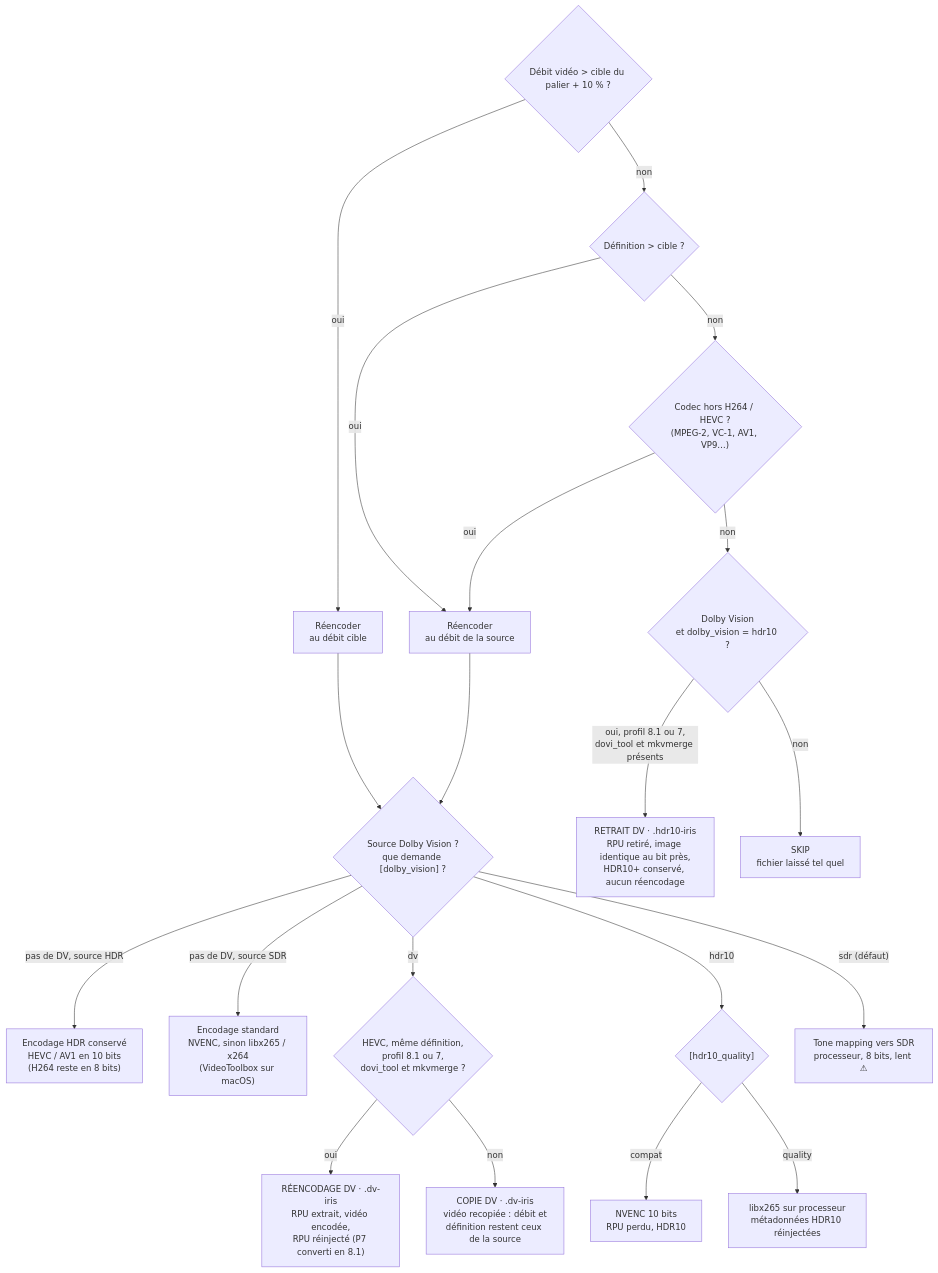
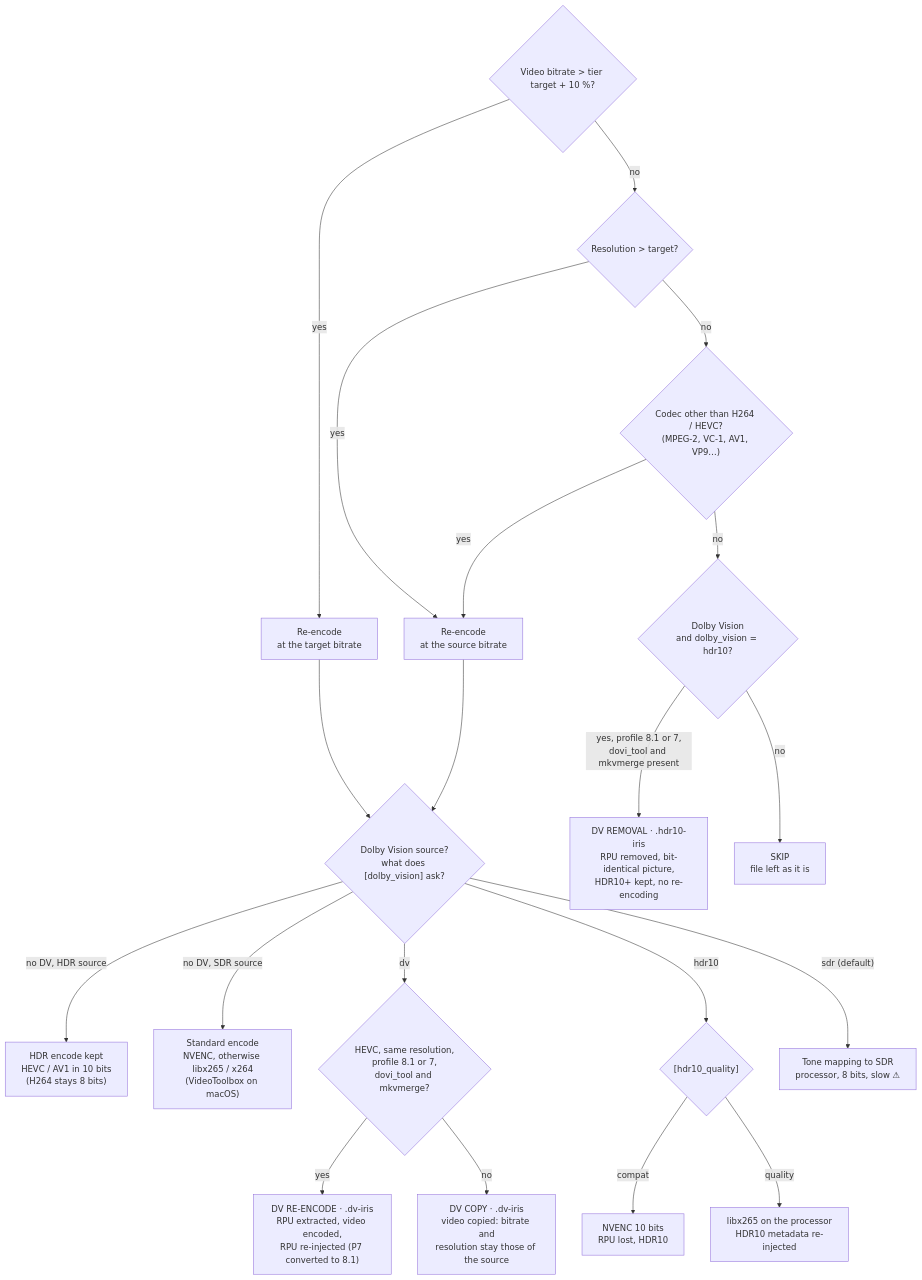
One commit to opegon/IRIS_Encode changed the third of 6 diagrams in README.md. Above: the diagram before and after it, drawn with Mermaid. The commit also changed other lines of this file and 10 other files, not shown here.

````diff
--- a/README.md
+++ b/README.md
@@ -104,24 +106,24 @@
 ```mermaid
 flowchart TD
-    Q1{"Débit vidéo > cible du palier + 10 % ?"}
-    Q1 -->|oui| E1["Réencoder<br/>au débit cible"]
-    Q1 -->|non| Q2{"Définition > cible ?"}
-    Q2 -->|oui| E2["Réencoder<br/>au débit de la source"]
-    Q2 -->|non| Q3{"Codec hors H264 / HEVC ?<br/>(MPEG-2, VC-1, AV1, VP9…)"}
-    Q3 -->|oui| E2
-    Q3 -->|non| Q4{"Dolby Vision<br/>et dolby_vision = hdr10 ?"}
-    Q4 -->|"oui, profil 8.1 ou 7,<br/>dovi_tool et mkvmerge présents"| STRIP["RETRAIT DV · .hdr10-iris<br/>RPU retiré, image identique au bit près,<br/>HDR10+ conservé, aucun réencodage"]
-    Q4 -->|non| SKIP["SKIP<br/>fichier laissé tel quel"]
+    Q1{"Video bitrate > tier target + 10 %?"}
+    Q1 -->|yes| E1["Re-encode<br/>at the target bitrate"]
+    Q1 -->|no| Q2{"Resolution > target?"}
+    Q2 -->|yes| E2["Re-encode<br/>at the source bitrate"]
+    Q2 -->|no| Q3{"Codec other than H264 / HEVC?<br/>(MPEG-2, VC-1, AV1, VP9…)"}
+    Q3 -->|yes| E2
+    Q3 -->|no| Q4{"Dolby Vision<br/>and dolby_vision = hdr10?"}
+    Q4 -->|"yes, profile 8.1 or 7,<br/>dovi_tool and mkvmerge present"| STRIP["DV REMOVAL · .hdr10-iris<br/>RPU removed, bit-identical picture,<br/>HDR10+ kept, no re-encoding"]
+    Q4 -->|no| SKIP["SKIP<br/>file left as it is"]
 
-    E1 --> DV{"Source Dolby Vision ?<br/>que demande [dolby_vision] ?"}
+    E1 --> DV{"Dolby Vision source?<br/>what does [dolby_vision] ask?"}
     E2 --> DV
-    DV -->|"pas de DV, source HDR"| H0["Encodage HDR conservé<br/>HEVC / AV1 en 10 bits<br/>(H264 reste en 8 bits)"]
-    DV -->|"pas de DV, source SDR"| S0["Encodage standard<br/>NVENC, sinon libx265 / x264<br/>(VideoToolbox sur macOS)"]
-    DV -->|"dv"| R{"HEVC, même définition,<br/>profil 8.1 ou 7,<br/>dovi_tool et mkvmerge ?"}
-    R -->|oui| EDV["RÉENCODAGE DV · .dv-iris<br/>RPU extrait, vidéo encodée,<br/>RPU réinjecté (P7 converti en 8.1)"]
-    R -->|non| CDV["COPIE DV · .dv-iris<br/>vidéo recopiée : débit et<br/>définition restent ceux de la source"]
+    DV -->|"no DV, HDR source"| H0["HDR encode kept<br/>HEVC / AV1 in 10 bits<br/>(H264 stays 8 bits)"]
+    DV -->|"no DV, SDR source"| S0["Standard encode<br/>NVENC, otherwise libx265 / x264<br/>(VideoToolbox on macOS)"]
+    DV -->|"dv"| R{"HEVC, same resolution,<br/>profile 8.1 or 7,<br/>dovi_tool and mkvmerge?"}
+    R -->|yes| EDV["DV RE-ENCODE · .dv-iris<br/>RPU extracted, video encoded,<br/>RPU re-injected (P7 converted to 8.1)"]
+    R -->|no| CDV["DV COPY · .dv-iris<br/>video copied: bitrate and<br/>resolution stay those of the source"]
     DV -->|"hdr10"| H10{"[hdr10_quality]"}
-    H10 -->|compat| H1["NVENC 10 bits<br/>RPU perdu, HDR10"]
-    H10 -->|quality| H2["libx265 sur processeur<br/>métadonnées HDR10 réinjectées"]
-    DV -->|"sdr (défaut)"| SDR["Tone mapping vers SDR<br/>processeur, 8 bits, lent ⚠"]
+    H10 -->|compat| H1["NVENC 10 bits<br/>RPU lost, HDR10"]
+    H10 -->|quality| H2["libx265 on the processor<br/>HDR10 metadata re-injected"]
+    DV -->|"sdr (default)"| SDR["Tone mapping to SDR<br/>processor, 8 bits, slow ⚠"]
 ```
````
